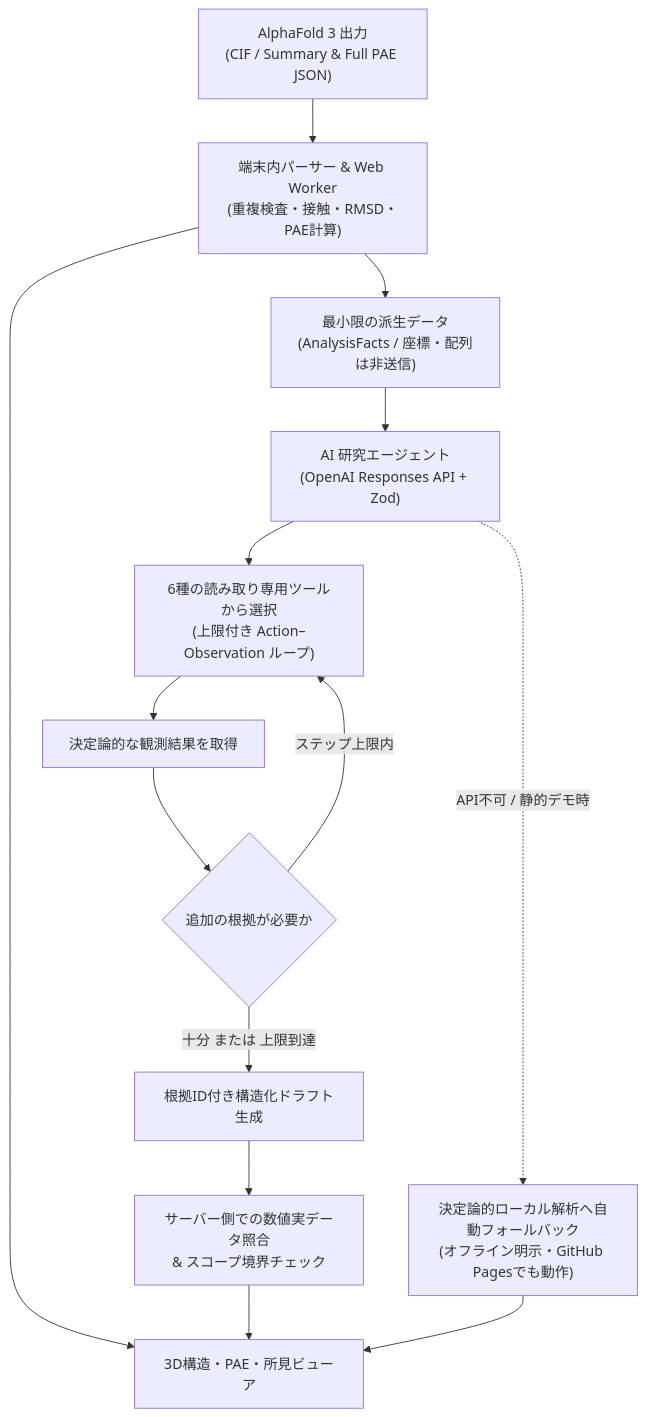
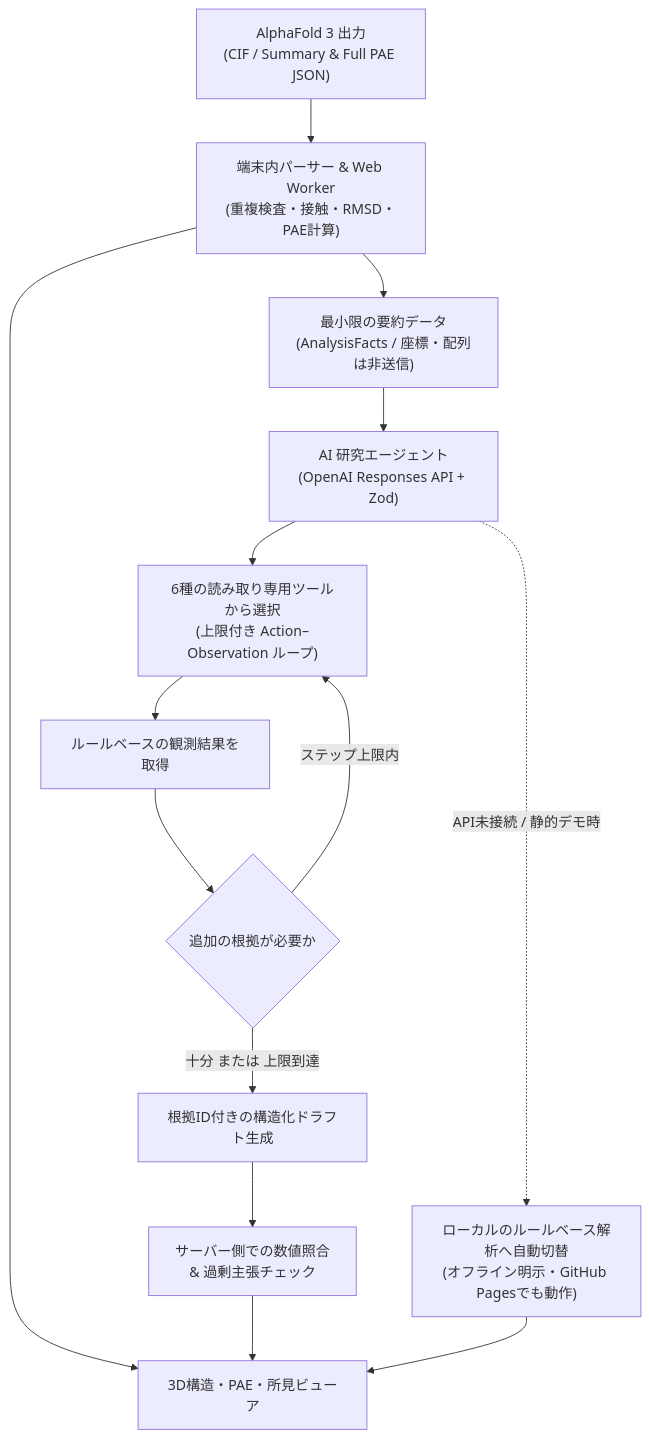
Before and after one commit to Shunsuke-max/foldlens-portfolio: the diagram in README.md, drawn with Mermaid. The commit also changed other lines of this file, not shown here.

````diff
--- a/README.md
+++ b/README.md
@@ -120,16 +120,16 @@
 ```mermaid
 flowchart TD
     A["AlphaFold 3 出力<br/>(CIF / Summary & Full PAE JSON)"] --> B["端末内パーサー & Web Worker<br/>(重複検査・接触・RMSD・PAE計算)"]
-    B --> C["最小限の派生データ<br/>(AnalysisFacts / 座標・配列は非送信)"]
+    B --> C["最小限の要約データ<br/>(AnalysisFacts / 座標・配列は非送信)"]
     B --> D["3D構造・PAE・所見ビューア"]
     C --> E["AI 研究エージェント<br/>(OpenAI Responses API + Zod)"]
     E --> F["6種の読み取り専用ツールから選択<br/>(上限付き Action–Observation ループ)"]
-    F --> G["決定論的な観測結果を取得"]
+    F --> G["ルールベースの観測結果を取得"]
     G --> H{"追加の根拠が必要か"}
     H -->|ステップ上限内| F
-    H -->|十分 または 上限到達| I["根拠ID付き構造化ドラフト生成"]
-    I --> J["サーバー側での数値実データ照合<br/>& スコープ境界チェック"]
+    H -->|十分 または 上限到達| I["根拠ID付きの構造化ドラフト生成"]
+    I --> J["サーバー側での数値照合<br/>& 過剰主張チェック"]
     J --> D
-    E -. "API不可 / 静的デモ時" .-> K["決定論的ローカル解析へ自動フォールバック<br/>(オフライン明示・GitHub Pagesでも動作)"]
+    E -. "API未接続 / 静的デモ時" .-> K["ローカルのルールベース解析へ自動切替<br/>(オフライン明示・GitHub Pagesでも動作)"]
     K --> D
 ```
````
